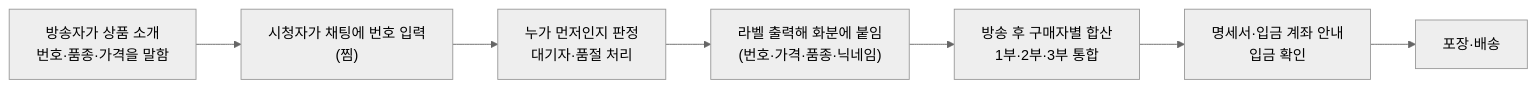
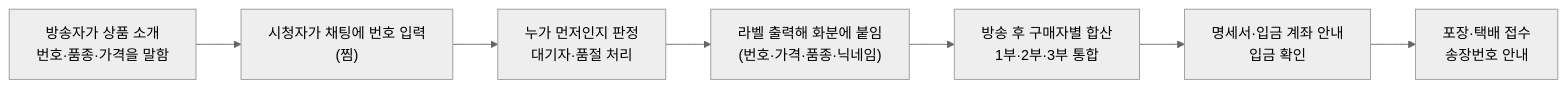
Before and after one commit to rlaehddus302/linve-genie: the first of 11 diagrams in docs/PLANNING.md, drawn with Mermaid (neutral theme). The commit also changed other lines of this file and 3 other files, not shown here.

````diff
--- a/docs/PLANNING.md
+++ b/docs/PLANNING.md
@@ -32,9 +36,9 @@
 ```mermaid
 flowchart LR
     A["방송자가 상품 소개<br/>번호·품종·가격을 말함"] --> B["시청자가 채팅에 번호 입력<br/>(찜)"]
     B --> C["누가 먼저인지 판정<br/>대기자·품절 처리"]
     C --> D["라벨 출력해 화분에 붙임<br/>(번호·가격·품종·닉네임)"]
     D --> E["방송 후 구매자별 합산<br/>1부·2부·3부 통합"]
     E --> F["명세서·입금 계좌 안내<br/>입금 확인"]
-    F --> G["포장·배송"]
+    F --> G["포장·택배 접수<br/>송장번호 안내"]
 ```
````
